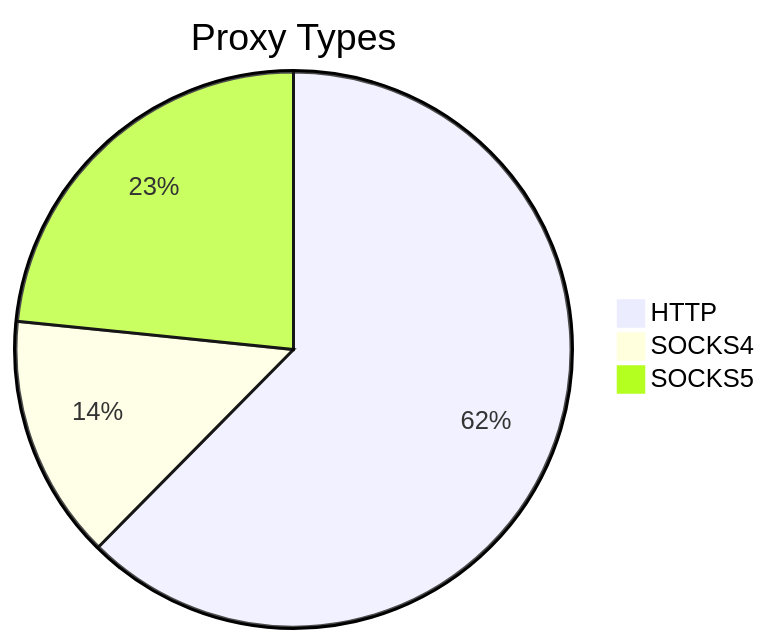
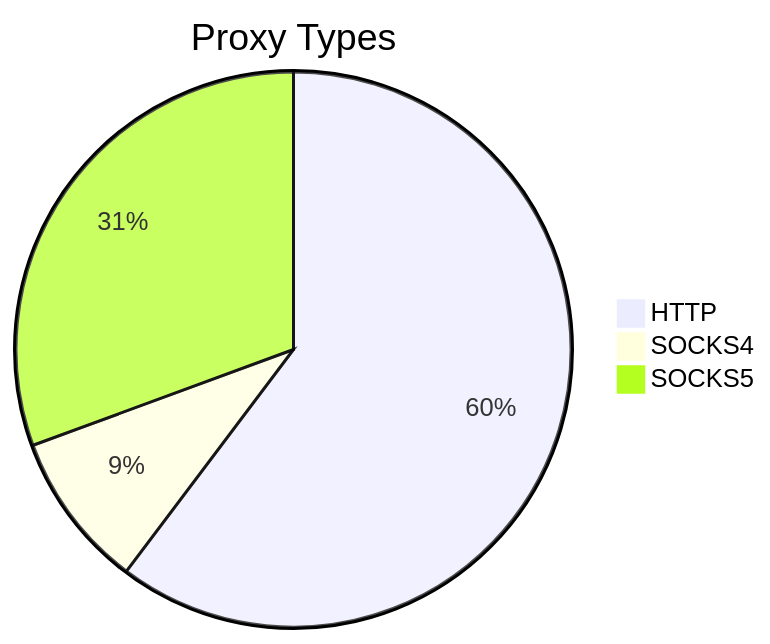
The first of 2 diagrams in README.md (stormsia/proxy-list), drawn with Mermaid before and after one commit. The commit also changed other lines of this file, not shown here.

````diff
--- a/README.md
+++ b/README.md
@@ -21,6 +21,6 @@
 ```mermaid
 pie title Proxy Types
-    "HTTP" : 395
-    "SOCKS4" : 90
-    "SOCKS5" : 148
+    "HTTP" : 258
+    "SOCKS4" : 39
+    "SOCKS5" : 131
 ```
````
